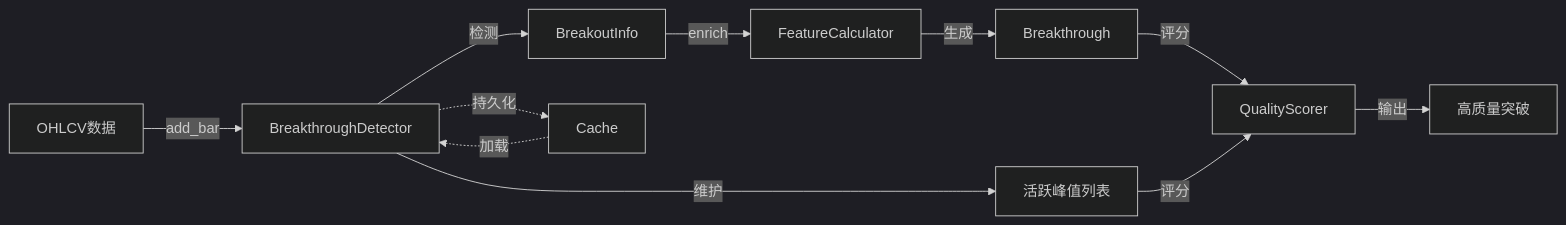
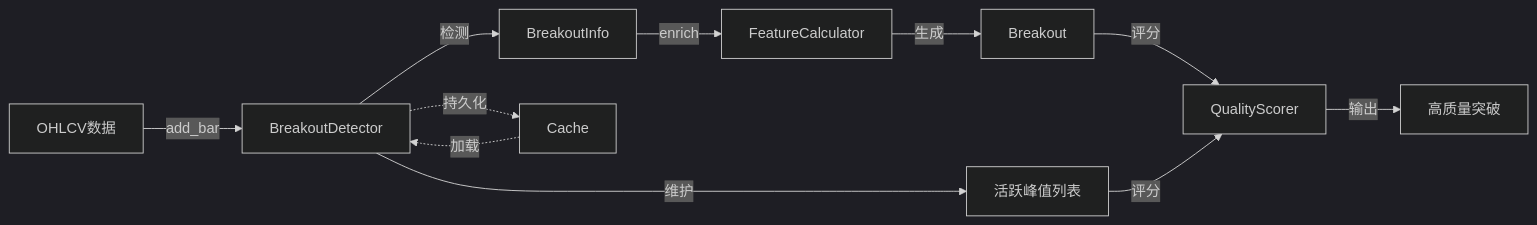
One commit to ufgtb24/Trade_Strategy changed the first of 2 diagrams in docs/modules/specs/02_技术分析模块_IMPL.md. Above: the diagram before and after it, drawn with Mermaid (dark theme). The commit also changed other lines of this file and 137 other files, not shown here.

````diff
--- a/docs/modules/specs/02_技术分析模块_IMPL.md
+++ b/docs/modules/specs/02_技术分析模块_IMPL.md
@@ -30,14 +31,14 @@
 ```mermaid
 graph LR
-    A[OHLCV数据] -->|add_bar| B[BreakthroughDetector]
+    A[OHLCV数据] -->|add_bar| B[BreakoutDetector]
     B -->|维护| C[活跃峰值列表]
     B -->|检测| D[BreakoutInfo]
     D -->|enrich| E[FeatureCalculator]
-    E -->|生成| F[Breakthrough]
+    E -->|生成| F[Breakout]
     F -->|评分| G[QualityScorer]
     C -->|评分| G
     G -->|输出| H[高质量突破]
 
     B -.持久化.-> I[Cache]
     I -.加载.-> B
 ```
````
